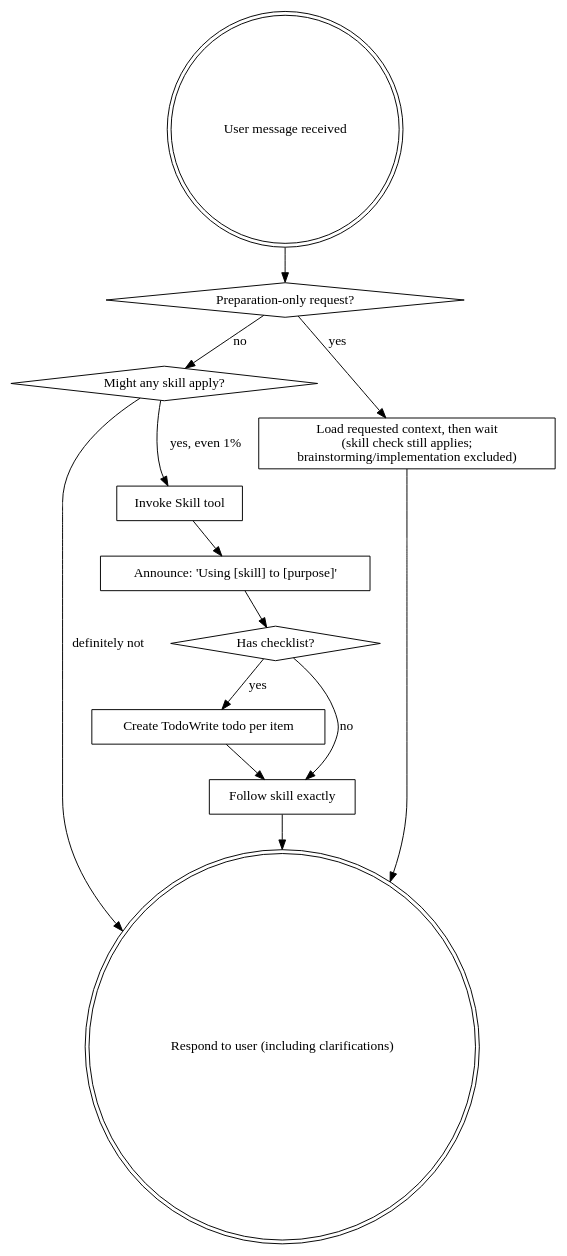
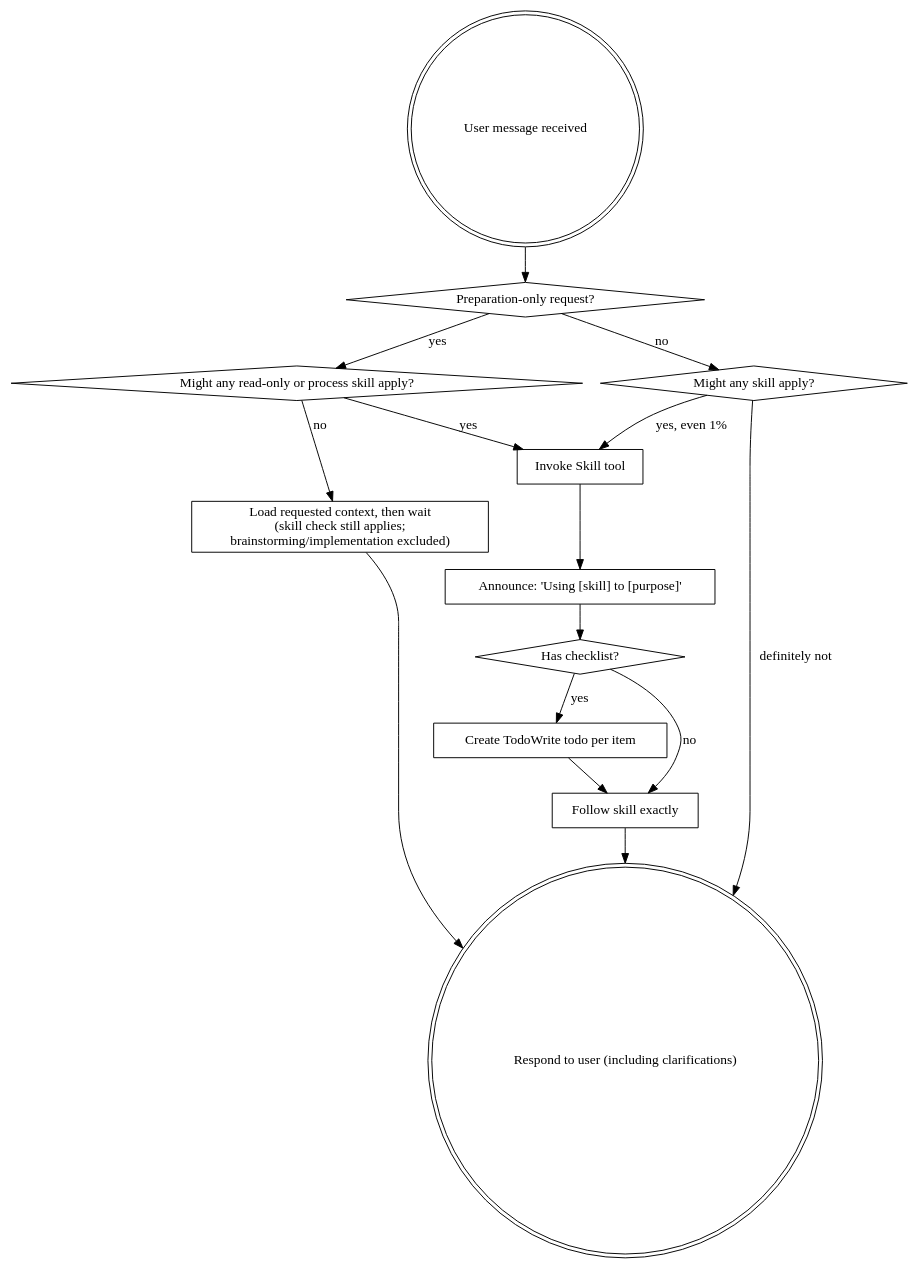
One commit to kirito41dd/k-superpowers changed the diagram in skills/using-superpowers/SKILL.md. Above: the diagram before and after it, drawn with Graphviz. The commit also changed 4 other files, not shown here.

Commit message:
Fix review issues in skill metadata and flowcharts

````diff
--- a/skills/using-superpowers/SKILL.md
+++ b/skills/using-superpowers/SKILL.md
@@ -58,29 +58,32 @@
 ```dot
 digraph skill_flow {
     "User message received" [shape=doublecircle];
     "Respond to user (including clarifications)" [shape=doublecircle];
 
     "Preparation-only request?" [shape=diamond];
+    "Might any read-only or process skill apply?" [shape=diamond];
     "Might any skill apply?" [shape=diamond];
     "Has checklist?" [shape=diamond];
 
     "Load requested context, then wait\n(skill check still applies;\nbrainstorming/implementation excluded)" [shape=box];
     "Invoke Skill tool" [shape=box];
     "Announce: 'Using [skill] to [purpose]'" [shape=box];
     "Create TodoWrite todo per item" [shape=box];
     "Follow skill exactly" [shape=box];
 
     "User message received" -> "Preparation-only request?";
-    "Preparation-only request?" -> "Load requested context, then wait\n(skill check still applies;\nbrainstorming/implementation excluded)" [label="yes"];
+    "Preparation-only request?" -> "Might any read-only or process skill apply?" [label="yes"];
+    "Might any read-only or process skill apply?" -> "Invoke Skill tool" [label="yes"];
+    "Might any read-only or process skill apply?" -> "Load requested context, then wait\n(skill check still applies;\nbrainstorming/implementation excluded)" [label="no"];
     "Load requested context, then wait\n(skill check still applies;\nbrainstorming/implementation excluded)" -> "Respond to user (including clarifications)";
     "Preparation-only request?" -> "Might any skill apply?" [label="no"];
     "Might any skill apply?" -> "Invoke Skill tool" [label="yes, even 1%"];
     "Might any skill apply?" -> "Respond to user (including clarifications)" [label="definitely not"];
     "Invoke Skill tool" -> "Announce: 'Using [skill] to [purpose]'";
     "Announce: 'Using [skill] to [purpose]'" -> "Has checklist?";
     "Has checklist?" -> "Create TodoWrite todo per item" [label="yes"];
     "Has checklist?" -> "Follow skill exactly" [label="no"];
     "Create TodoWrite todo per item" -> "Follow skill exactly";
     "Follow skill exactly" -> "Respond to user (including clarifications)";
 }
 ```
````
